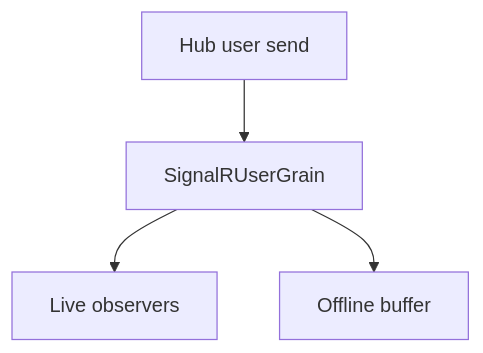
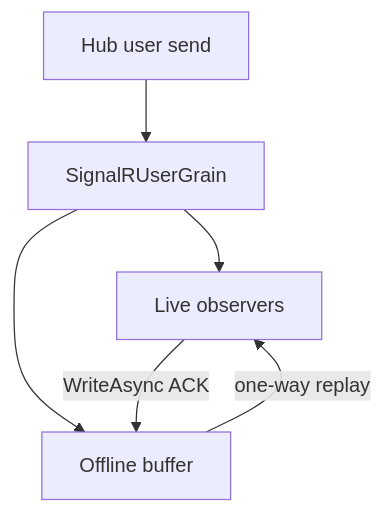
The diagram in docs/Features/User-Fanout-and-Offline-Buffering.md (managedcode/Orleans.SignalR), drawn with Mermaid before and after one commit. The commit also changed other lines of this file and 42 other files, not shown here.

````diff
--- a/docs/Features/User-Fanout-and-Offline-Buffering.md
+++ b/docs/Features/User-Fanout-and-Offline-Buffering.md
@@ -19,11 +20,13 @@
 ```mermaid
 flowchart TD
   Hub["Hub user send"]
   User["SignalRUserGrain"]
   Live["Live observers"]
   Buffer["Offline buffer"]
 
   Hub --> User
   User --> Live
   User --> Buffer
+  Buffer -->|"one-way replay"| Live
+  Live -->|"WriteAsync ACK"| Buffer
 ```
````
